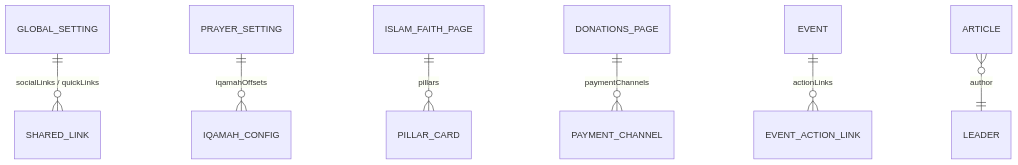
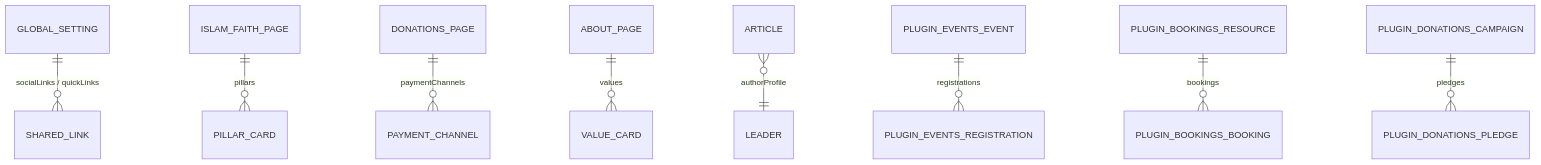
The diagram in docs/src/content/docs/en/04-backend-and-plugins/content-types-and-schemas.md (Vicacha-Devs/central-mosque-bogota), drawn with Mermaid before and after one commit. The commit also changed other lines of this file and 23 other files, not shown here.

First line of the commit message:
docs: add learning roadmap, refresh backend/architecture guides, fix typedoc build

````diff
--- a/docs/src/content/docs/en/04-backend-and-plugins/content-types-and-schemas.md
+++ b/docs/src/content/docs/en/04-backend-and-plugins/content-types-and-schemas.md
@@ -8,9 +8,11 @@
 ```mermaid
 erDiagram
   GLOBAL_SETTING ||--o{ SHARED_LINK : "socialLinks / quickLinks"
-  PRAYER_SETTING ||--o{ IQAMAH_CONFIG : "iqamahOffsets"
   ISLAM_FAITH_PAGE ||--o{ PILLAR_CARD : "pillars"
   DONATIONS_PAGE ||--o{ PAYMENT_CHANNEL : "paymentChannels"
-  EVENT ||--o{ EVENT_ACTION_LINK : "actionLinks"
-  ARTICLE }o--|| LEADER : "author"
+  ABOUT_PAGE ||--o{ VALUE_CARD : "values"
+  ARTICLE }o--|| LEADER : "authorProfile"
+  PLUGIN_EVENTS_EVENT ||--o{ PLUGIN_EVENTS_REGISTRATION : "registrations"
+  PLUGIN_BOOKINGS_RESOURCE ||--o{ PLUGIN_BOOKINGS_BOOKING : "bookings"
+  PLUGIN_DONATIONS_CAMPAIGN ||--o{ PLUGIN_DONATIONS_PLEDGE : "pledges"
 ```
````
